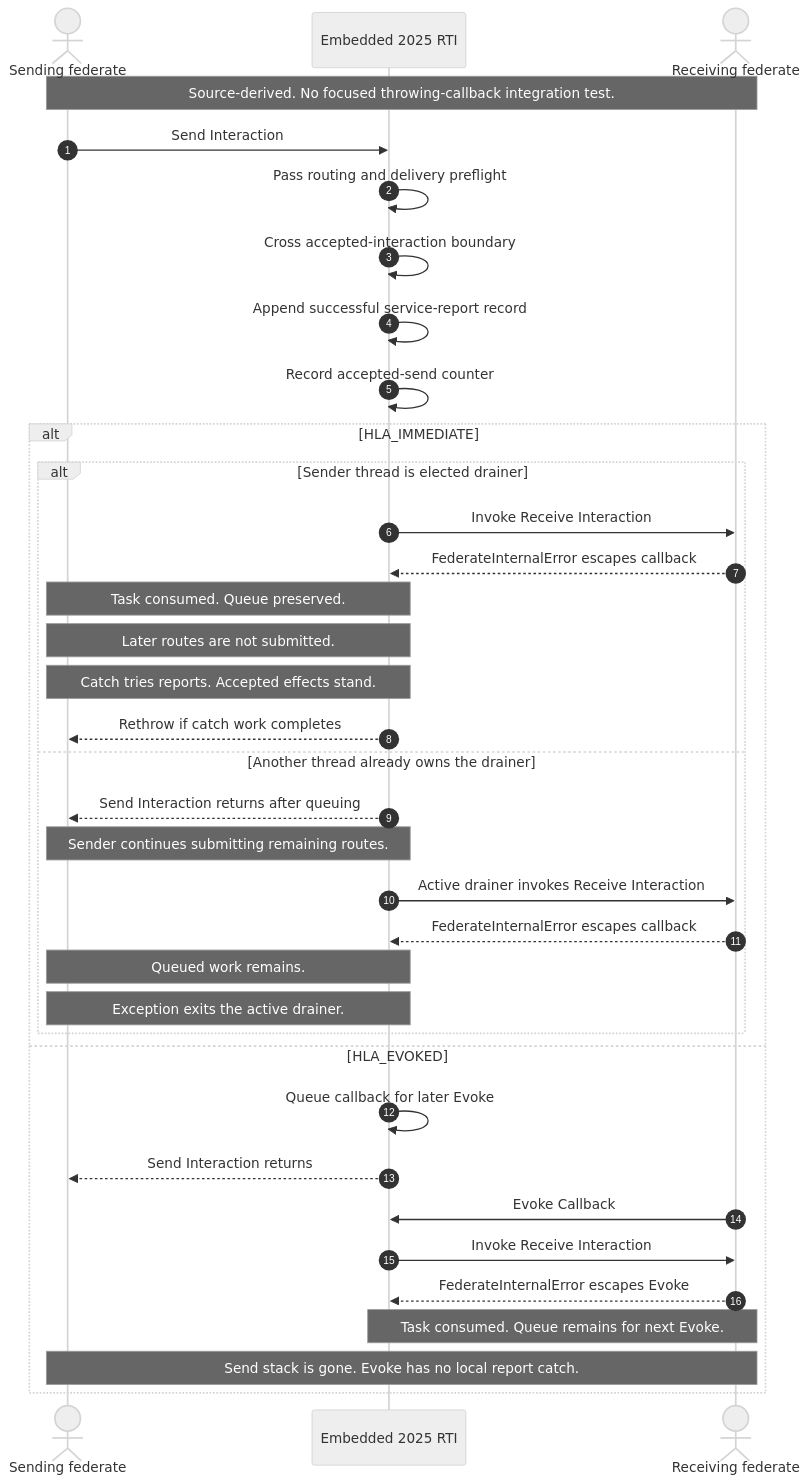
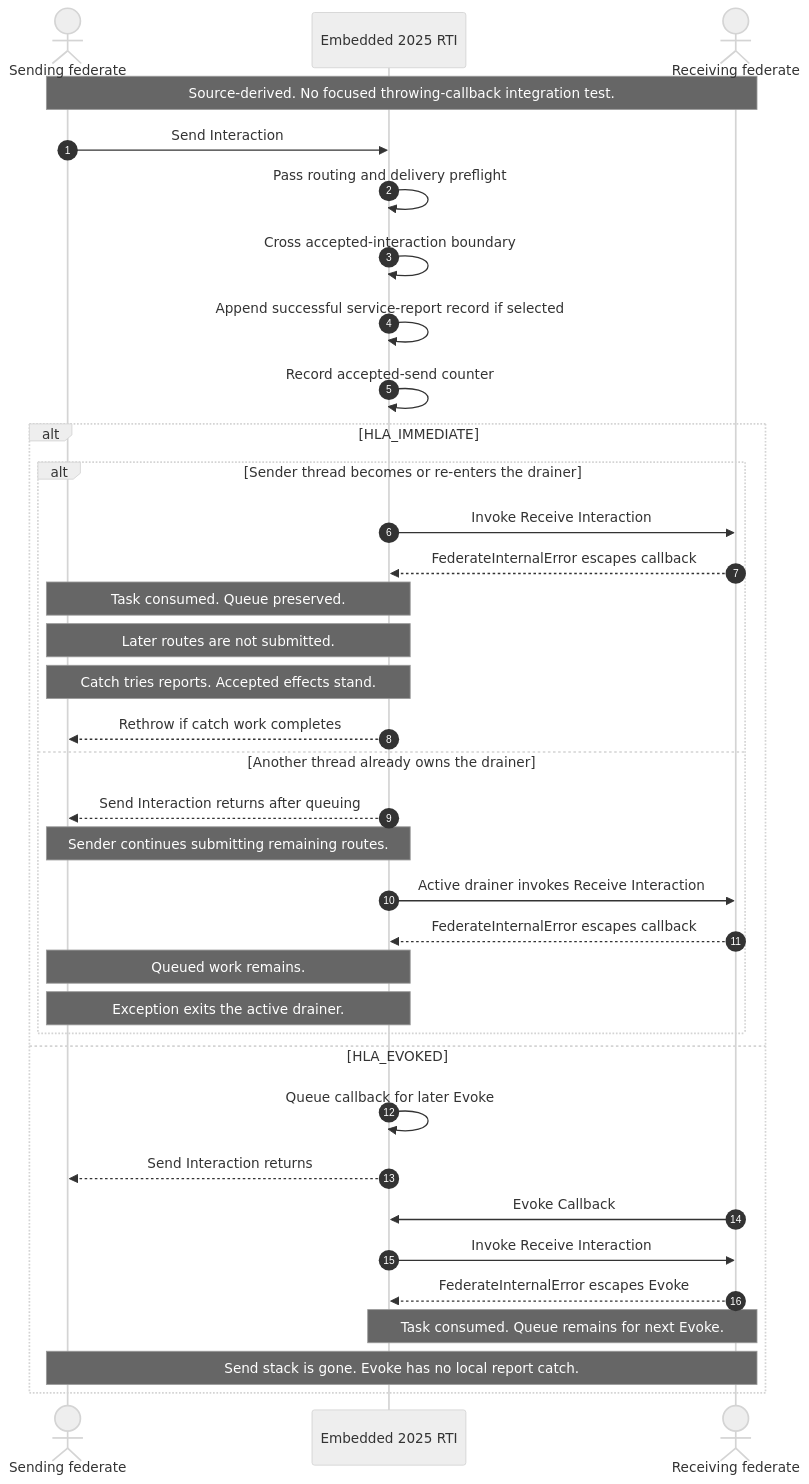
Diagram 19 of 26 in docs/design/HLA-2025-CALLBACK-AND-SERVICE-ORDERING-FLOW-GUIDE.md (sheepfling/umbra), drawn with Mermaid (neutral theme) before and after one commit. The commit also changed other lines of this file and 36 other files, not shown here.

````diff
--- a/docs/design/HLA-2025-CALLBACK-AND-SERVICE-ORDERING-FLOW-GUIDE.md
+++ b/docs/design/HLA-2025-CALLBACK-AND-SERVICE-ORDERING-FLOW-GUIDE.md
@@ -1163,41 +1360,41 @@
 ```mermaid
 sequenceDiagram
   autonumber
   actor Sender as Sending federate
   participant RTI as Embedded 2025 RTI
   actor Receiver as Receiving federate
 
   Note over Sender,Receiver: Source-derived. No focused throwing-callback integration test.
   Sender->>RTI: Send Interaction
   RTI->>RTI: Pass routing and delivery preflight
   RTI->>RTI: Cross accepted-interaction boundary
-  RTI->>RTI: Append successful service-report record
+  RTI->>RTI: Append successful service-report record if selected
   RTI->>RTI: Record accepted-send counter
 
   alt HLA_IMMEDIATE
-    alt Sender thread is elected drainer
+    alt Sender thread becomes or re-enters the drainer
       RTI->>Receiver: Invoke Receive Interaction
       Receiver-->>RTI: FederateInternalError escapes callback
       Note over Sender,RTI: Task consumed. Queue preserved.
       Note over Sender,RTI: Later routes are not submitted.
       Note over Sender,RTI: Catch tries reports. Accepted effects stand.
       RTI-->>Sender: Rethrow if catch work completes
     else Another thread already owns the drainer
       RTI-->>Sender: Send Interaction returns after queuing
       Note over Sender,RTI: Sender continues submitting remaining routes.
       RTI->>Receiver: Active drainer invokes Receive Interaction
       Receiver-->>RTI: FederateInternalError escapes callback
       Note over Sender,RTI: Queued work remains.
       Note over Sender,RTI: Exception exits the active drainer.
     end
   else HLA_EVOKED
     RTI->>RTI: Queue callback for later Evoke
     RTI-->>Sender: Send Interaction returns
     Receiver->>RTI: Evoke Callback
     RTI->>Receiver: Invoke Receive Interaction
     Receiver-->>RTI: FederateInternalError escapes Evoke
     Note over RTI,Receiver: Task consumed. Queue remains for next Evoke.
     Note over Sender,Receiver: Send stack is gone. Evoke has no local report catch.
   end
 
 ```
````
